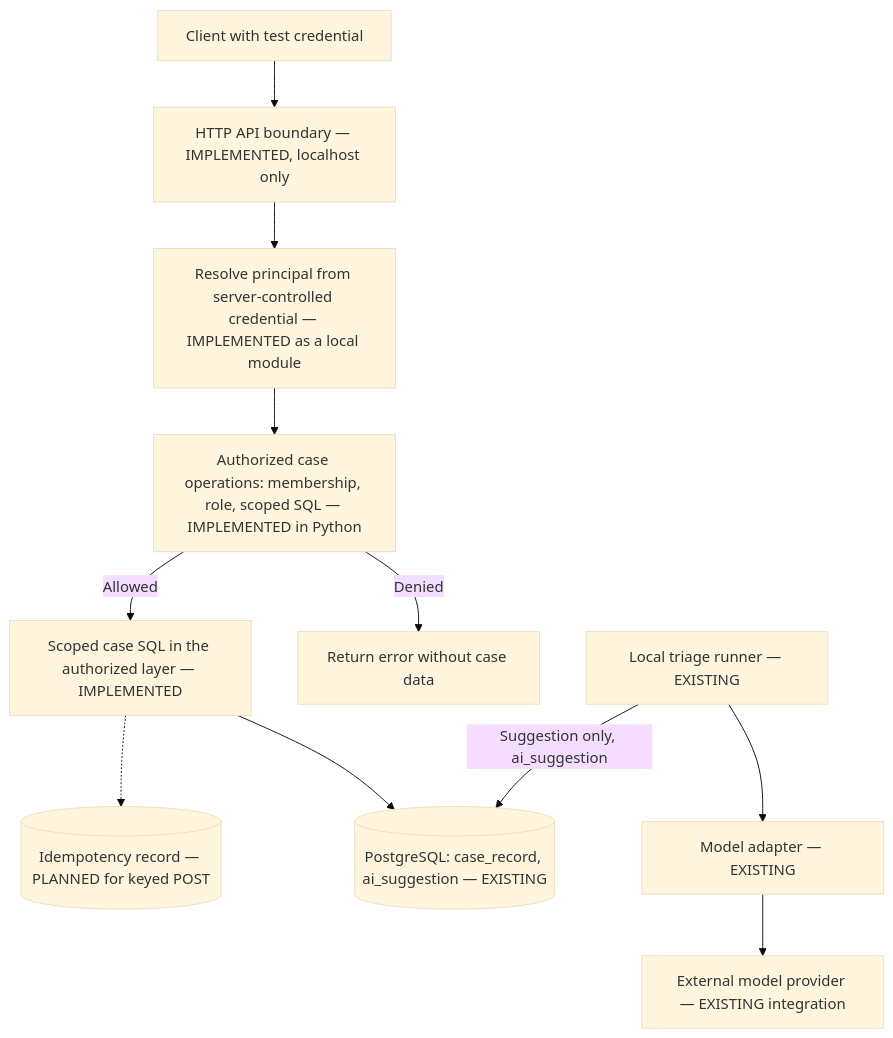
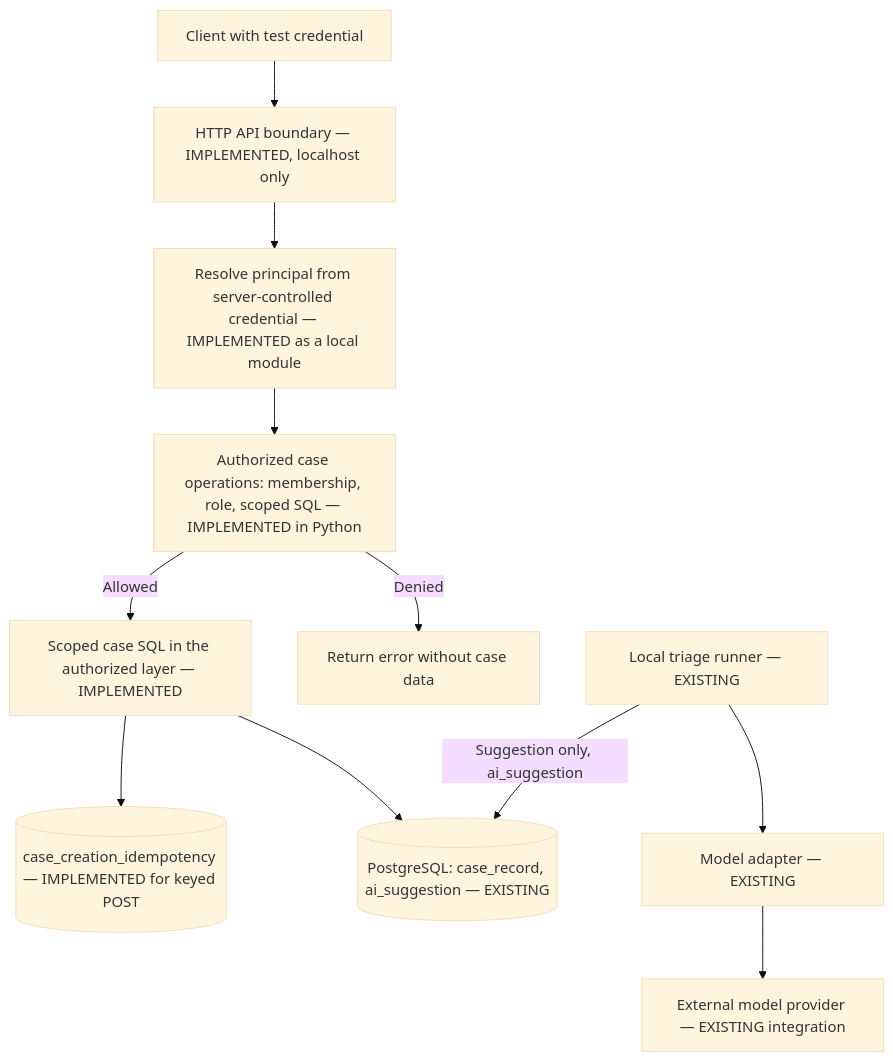
Before and after one commit to asadhanif3188/Enterprise-AI-Service-Operations: the diagram in docs/api-contract.md, drawn with Mermaid (base theme). The commit also changed other lines of this file and 12 other files, not shown here.

Commit message:
docs: reconcile implementation status after keyed creation

````diff
--- a/docs/api-contract.md
+++ b/docs/api-contract.md
@@ -69,13 +69,13 @@
 ```mermaid
 flowchart TD
     U[Client with test credential] --> A[HTTP API boundary — IMPLEMENTED, localhost only]
     A --> I[Resolve principal from server-controlled credential — IMPLEMENTED as a local module]
     I --> P[Authorized case operations: membership, role, scoped SQL — IMPLEMENTED in Python]
     P -->|Denied| D[Return error without case data]
     P -->|Allowed| S[Scoped case SQL in the authorized layer — IMPLEMENTED]
     S --> DB[(PostgreSQL: case_record, ai_suggestion — EXISTING)]
-    S -.-> H[(Idempotency record — PLANNED for keyed POST)]
+    S --> H[(case_creation_idempotency — IMPLEMENTED for keyed POST)]
     R[Local triage runner — EXISTING] --> M[Model adapter — EXISTING]
     M --> X[External model provider — EXISTING integration]
     R -->|Suggestion only, ai_suggestion| DB
 ```
````
